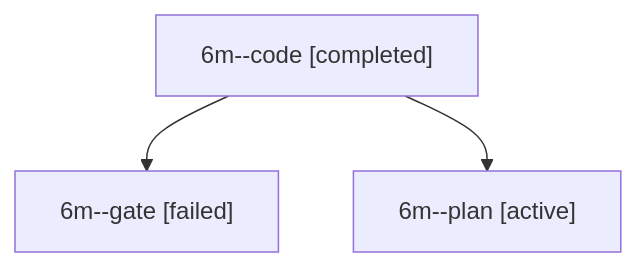
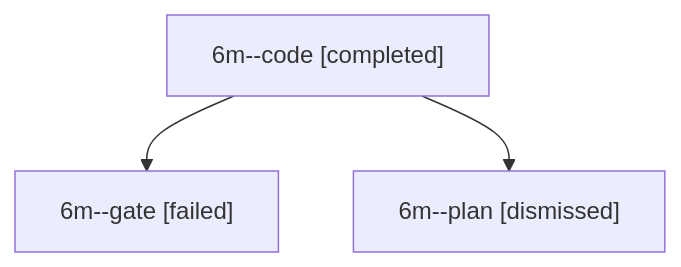
One commit to bobs-org/bob-cli--agents changed the diagram in sessions/bbugyi200.apollo.6m.md. Above: the diagram before and after it, drawn with Mermaid. The commit also changed other lines of this file and 10 other files, not shown here.

````diff
--- a/sessions/bbugyi200.apollo.6m.md
+++ b/sessions/bbugyi200.apollo.6m.md
@@ -9,8 +9,8 @@
 ```mermaid
 flowchart TD
   n0["6m--code [completed]"]
   n1["6m--gate [failed]"]
   n0 --> n1
-  n2["6m--plan [active]"]
+  n2["6m--plan [dismissed]"]
   n0 --> n2
 ```
````
